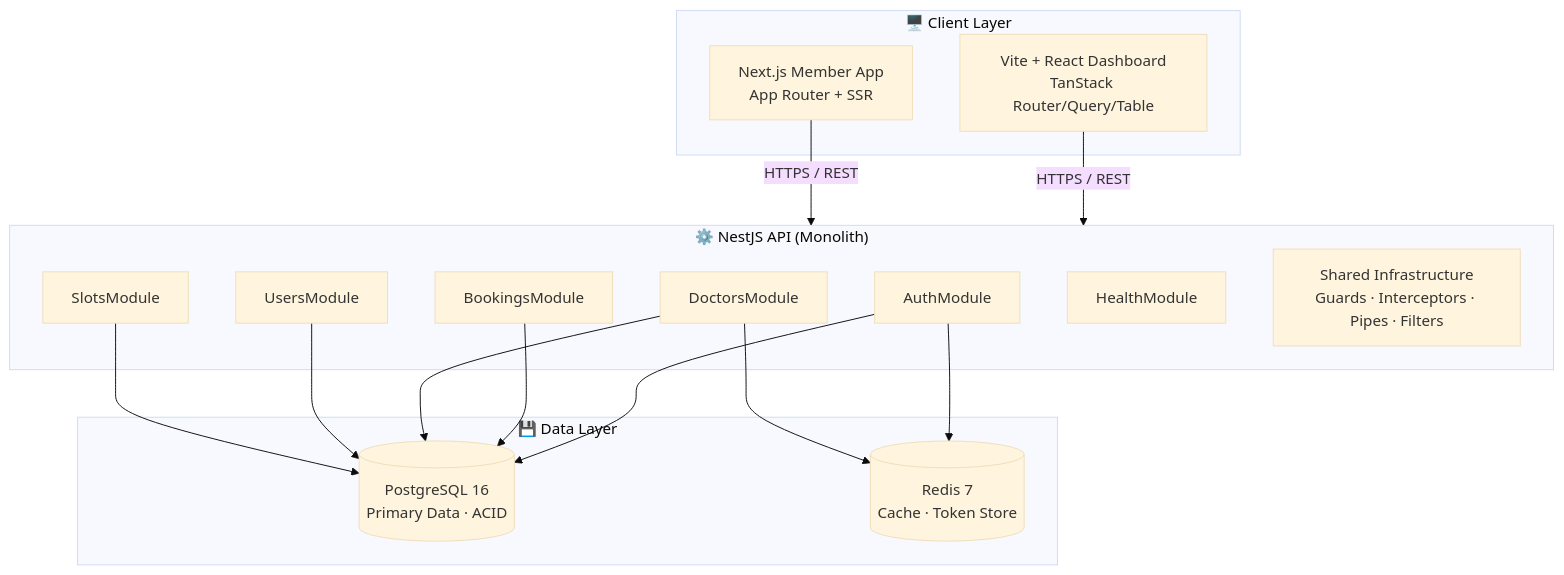
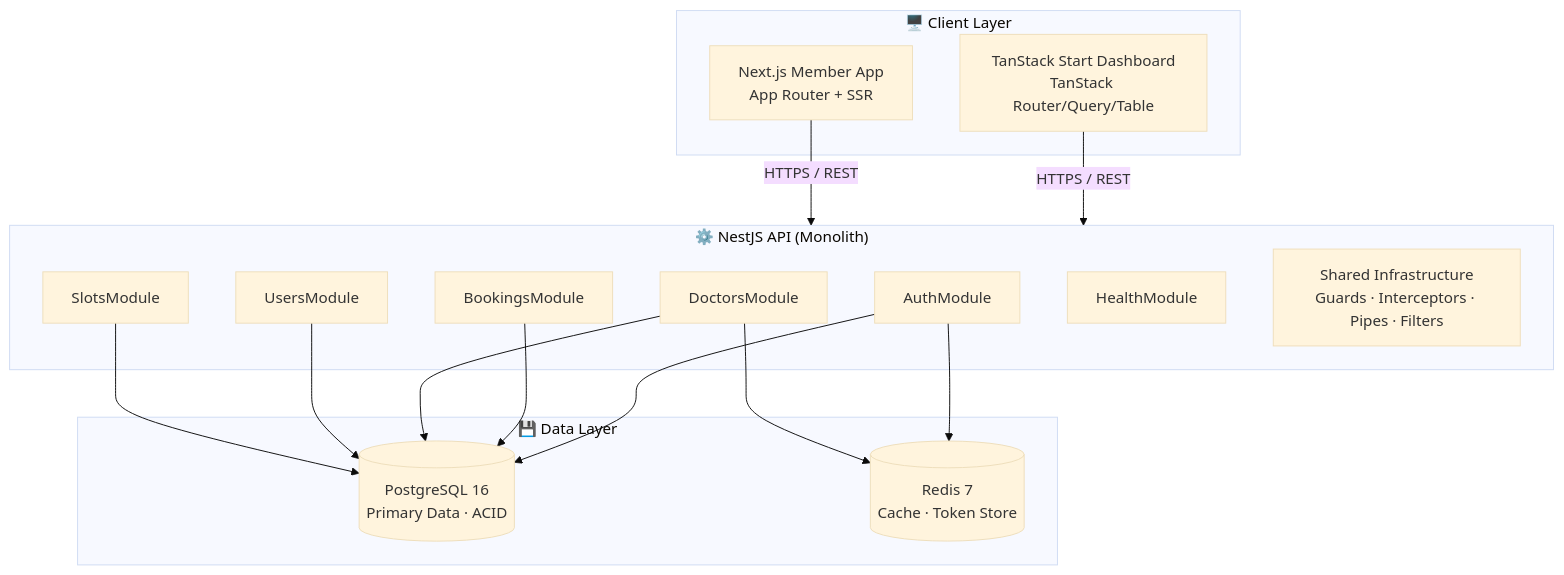
One commit to quang-pham-dev/clinic-platform changed the first of 4 diagrams in docs/1 Clinic Appointment Booking/README.md. Above: the diagram before and after it, drawn with Mermaid (base theme). The commit also changed other lines of this file and 57 other files, not shown here.

````diff
--- a/docs/1 Clinic Appointment Booking/README.md
+++ b/docs/1 Clinic Appointment Booking/README.md
@@ -35,32 +35,32 @@
 ```mermaid
 graph TB
     subgraph Client["🖥️ Client Layer"]
-        Dashboard["Vite + React Dashboard<br/>TanStack Router/Query/Table"]
+        Dashboard["TanStack Start Dashboard<br/>TanStack Router/Query/Table"]
         MemberApp["Next.js Member App<br/>App Router + SSR"]
     end
 
     subgraph API["⚙️ NestJS API (Monolith)"]
         Auth["AuthModule"]
         Booking["BookingsModule"]
         Doctor["DoctorsModule"]
         Users["UsersModule"]
         Slots["SlotsModule"]
         Health["HealthModule"]
         Infra["Shared Infrastructure<br/>Guards · Interceptors · Pipes · Filters"]
     end
 
     subgraph Data["💾 Data Layer"]
         PG[("PostgreSQL 16<br/>Primary Data · ACID")]
         Redis[("Redis 7<br/>Cache · Token Store")]
     end
 
     Dashboard -->|"HTTPS / REST"| API
     MemberApp -->|"HTTPS / REST"| API
     Auth --> PG
     Auth --> Redis
     Booking --> PG
     Doctor --> PG
     Users --> PG
     Slots --> PG
     Doctor --> Redis
 ```
````
